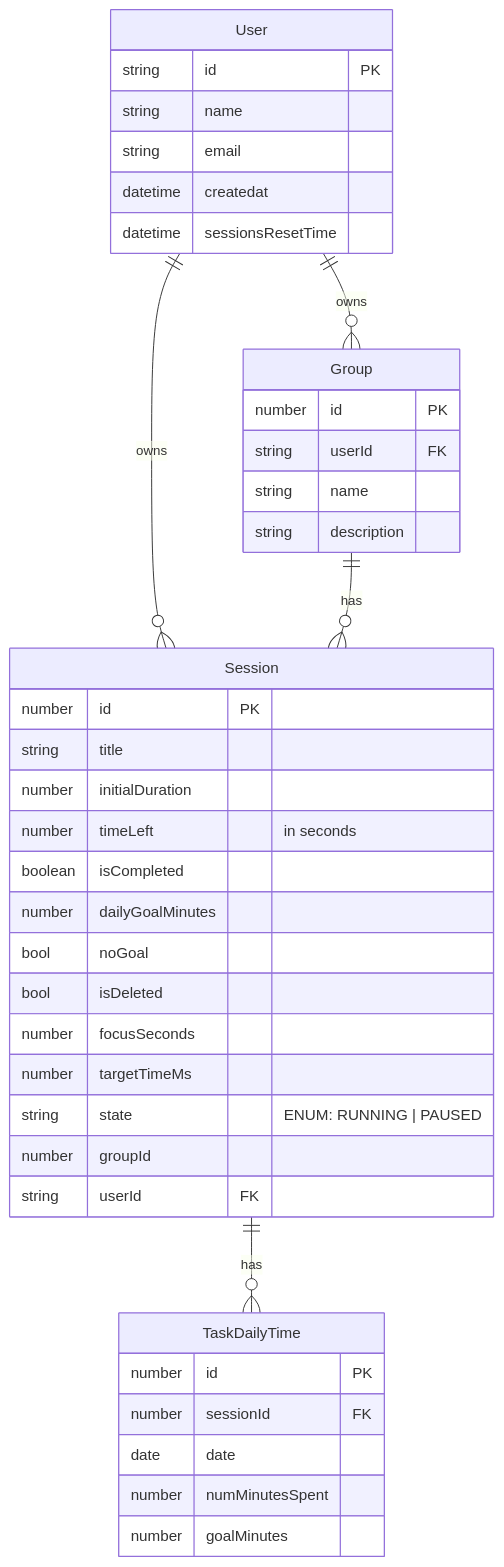
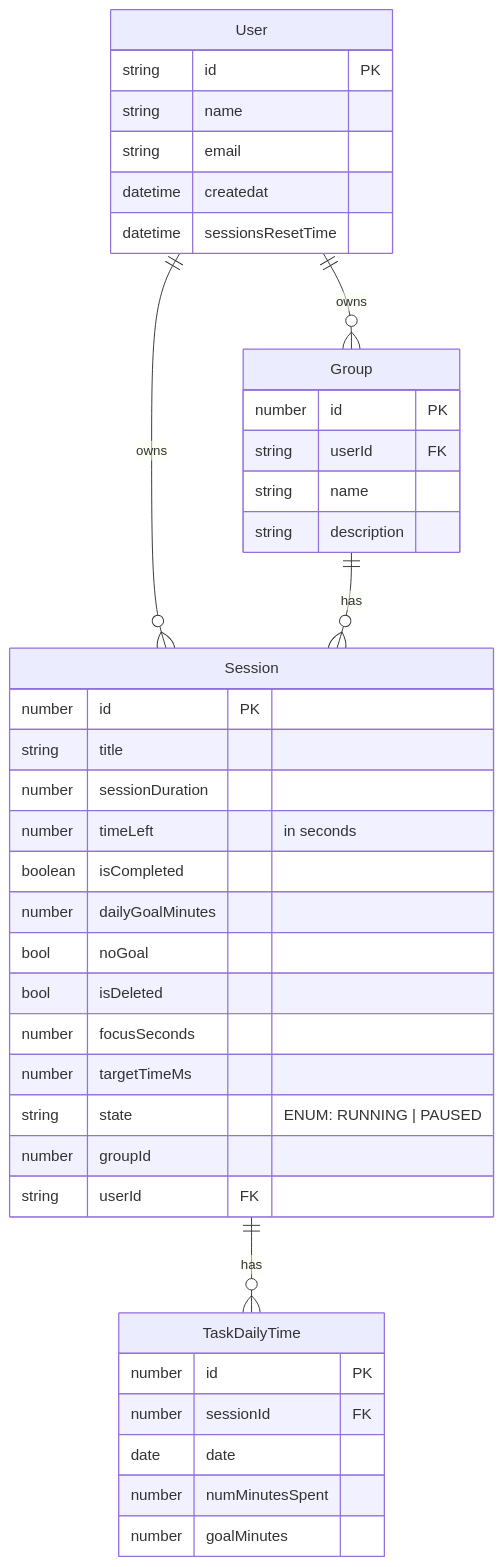
Before and after one commit to SheoranRavi/focus-flow: the first of 2 diagrams in backend/design.md, drawn with Mermaid. The commit also changed other lines of this file and 9 other files, not shown here.

````diff
--- a/backend/design.md
+++ b/backend/design.md
@@ -17,50 +24,50 @@
 ```mermaid
 ---
 Title: DB Schema
 ---
 erDiagram
 Session {
     number id PK
     string title
-    number initialDuration
+    number sessionDuration
     number timeLeft "in seconds"
     boolean isCompleted
     number dailyGoalMinutes
     bool noGoal
     bool isDeleted
     number focusSeconds
     number targetTimeMs
     string state "ENUM: RUNNING | PAUSED"
     number groupId
     string userId FK
 }
 
 Group {
   number id PK
   string userId FK
   string name
   string description
 }
 
 User {
     string id PK
     string name
     string email
     datetime createdat
     datetime sessionsResetTime
 }
 
 TaskDailyTime {
     number id PK
     number sessionId FK
     date date
     number numMinutesSpent
     number goalMinutes
 }
 
 User ||--o{ Session : owns
 Session ||--o{ TaskDailyTime : has
 User ||--o{ Group : owns
 Group ||--o{ Session : has
 
 ```
````
